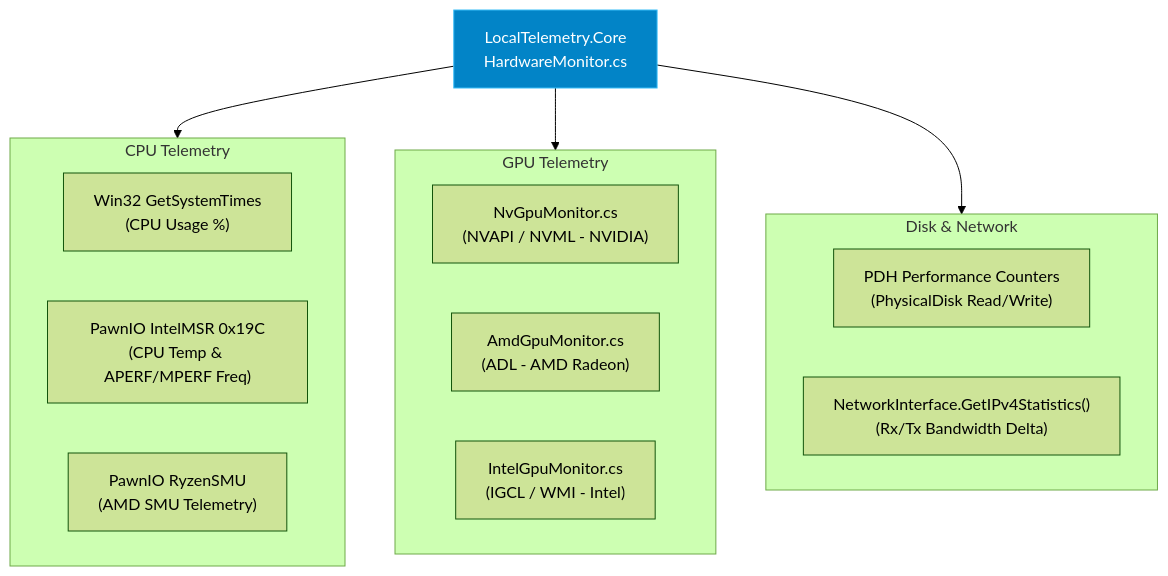
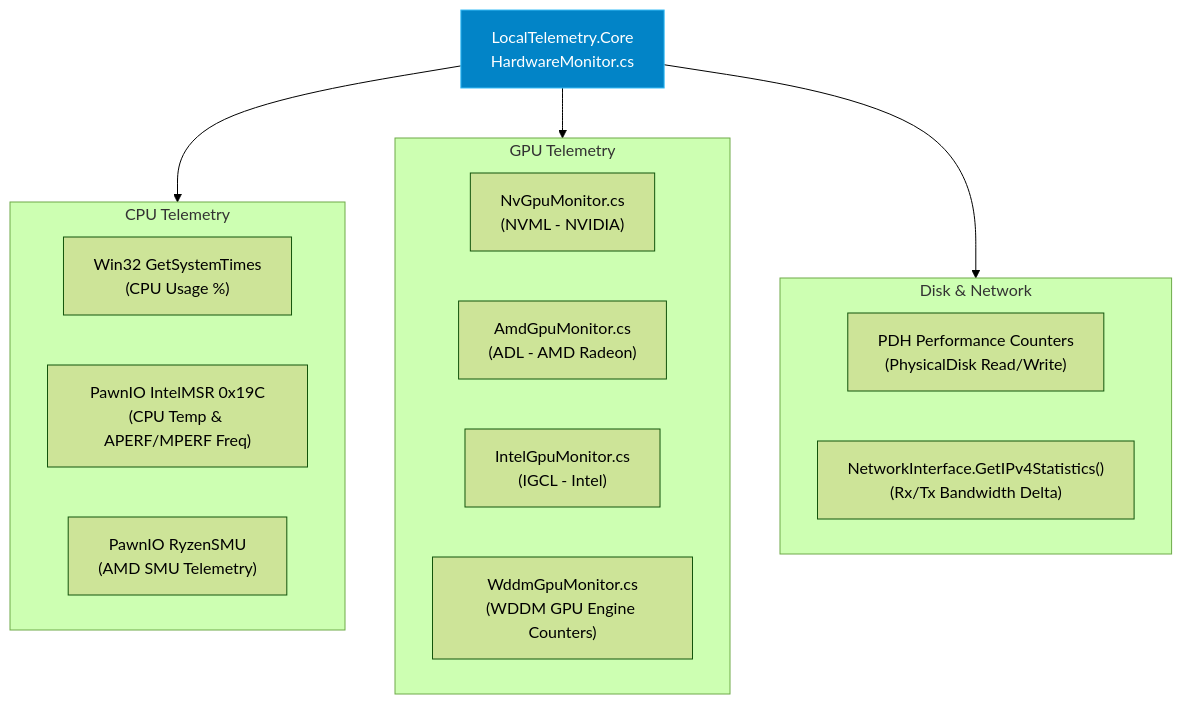
The diagram in docs/developer-guide/hardware-drivers.md (Nicconike/LocalTelemetry), drawn with Mermaid (forest theme) before and after one commit. The commit also changed other lines of this file and 74 other files, not shown here.

````diff
--- a/docs/developer-guide/hardware-drivers.md
+++ b/docs/developer-guide/hardware-drivers.md
@@ -7,27 +7,28 @@
 ```mermaid
 graph TD
     Core["LocalTelemetry.Core<br/>HardwareMonitor.cs"]
 
     subgraph CPU["CPU Telemetry"]
         Win32CPU["Win32 GetSystemTimes<br/>(CPU Usage %)"]
         PawnIntel["PawnIO IntelMSR 0x19C<br/>(CPU Temp & APERF/MPERF Freq)"]
         PawnAMD["PawnIO RyzenSMU<br/>(AMD SMU Telemetry)"]
     end
 
     subgraph GPU["GPU Telemetry"]
-        NV["NvGpuMonitor.cs<br/>(NVAPI / NVML - NVIDIA)"]
+        NV["NvGpuMonitor.cs<br/>(NVML - NVIDIA)"]
         AMD["AmdGpuMonitor.cs<br/>(ADL - AMD Radeon)"]
-        Intel["IntelGpuMonitor.cs<br/>(IGCL / WMI - Intel)"]
+        Intel["IntelGpuMonitor.cs<br/>(IGCL - Intel)"]
+        WDDM["WddmGpuMonitor.cs<br/>(WDDM GPU Engine Counters)"]
     end
 
     subgraph StorageNet["Disk & Network"]
         PDH["PDH Performance Counters<br/>(PhysicalDisk Read/Write)"]
         Net["NetworkInterface.GetIPv4Statistics()<br/>(Rx/Tx Bandwidth Delta)"]
     end
 
     Core --> CPU
     Core --> GPU
     Core --> StorageNet
 
     style Core fill:#0284c7,stroke:#38bdf8,color:#fff
 ```
````
